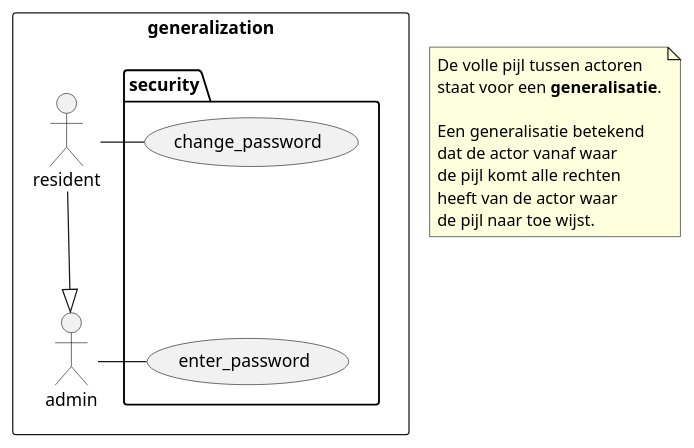
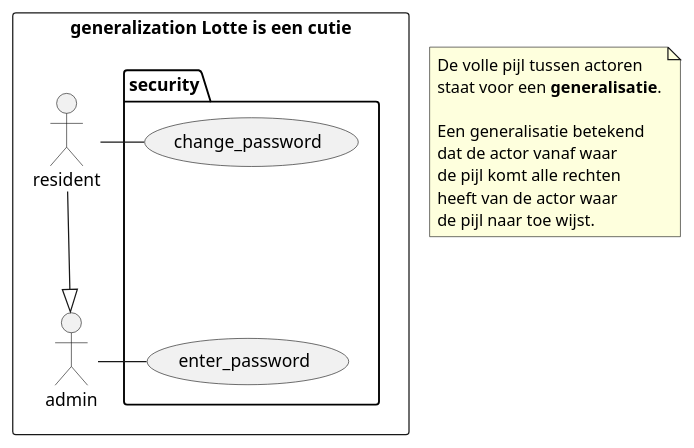
The diagram in plantuml/use_case/actor_generalization.puml (LukevLuijn/cheat_sheet_osm_mo), drawn with PlantUML before and after one commit. The commit also changed 1 other file, not shown here.

```diff
--- a/plantuml/use_case/actor_generalization.puml
+++ b/plantuml/use_case/actor_generalization.puml
@@ -1,31 +1,31 @@
 @startuml
 'https://plantuml.com/use-case-diagram
 
-rectangle r1 as "generalization"{
+rectangle r1 as "generalization Lotte is een cutie"{
     package "security" as p1{
         usecase enter_password as uc1
         usecase change_password as uc2
 
         uc1 -[hidden]up-> uc2
     }
 
     actor "admin" as a1
     actor "resident" as a2
 
     a1 -right- uc1
     a2 -right- uc2
     a2 --|> a1
 }
 
 note as n1
     De volle pijl tussen actoren
     staat voor een **generalisatie**.
 
     Een generalisatie betekend
     dat de actor vanaf waar
     de pijl komt alle rechten
     heeft van de actor waar
     de pijl naar toe wijst.
 end note
 
 @enduml
```
